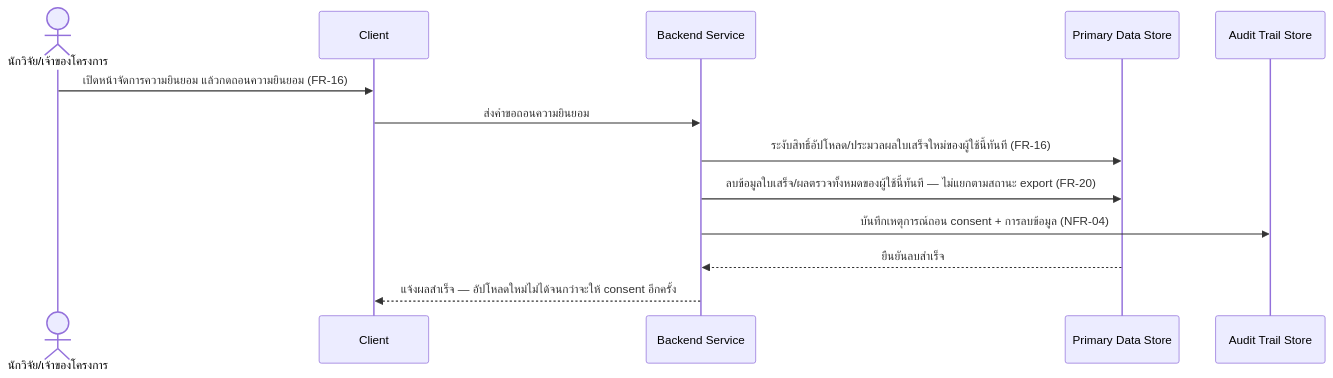
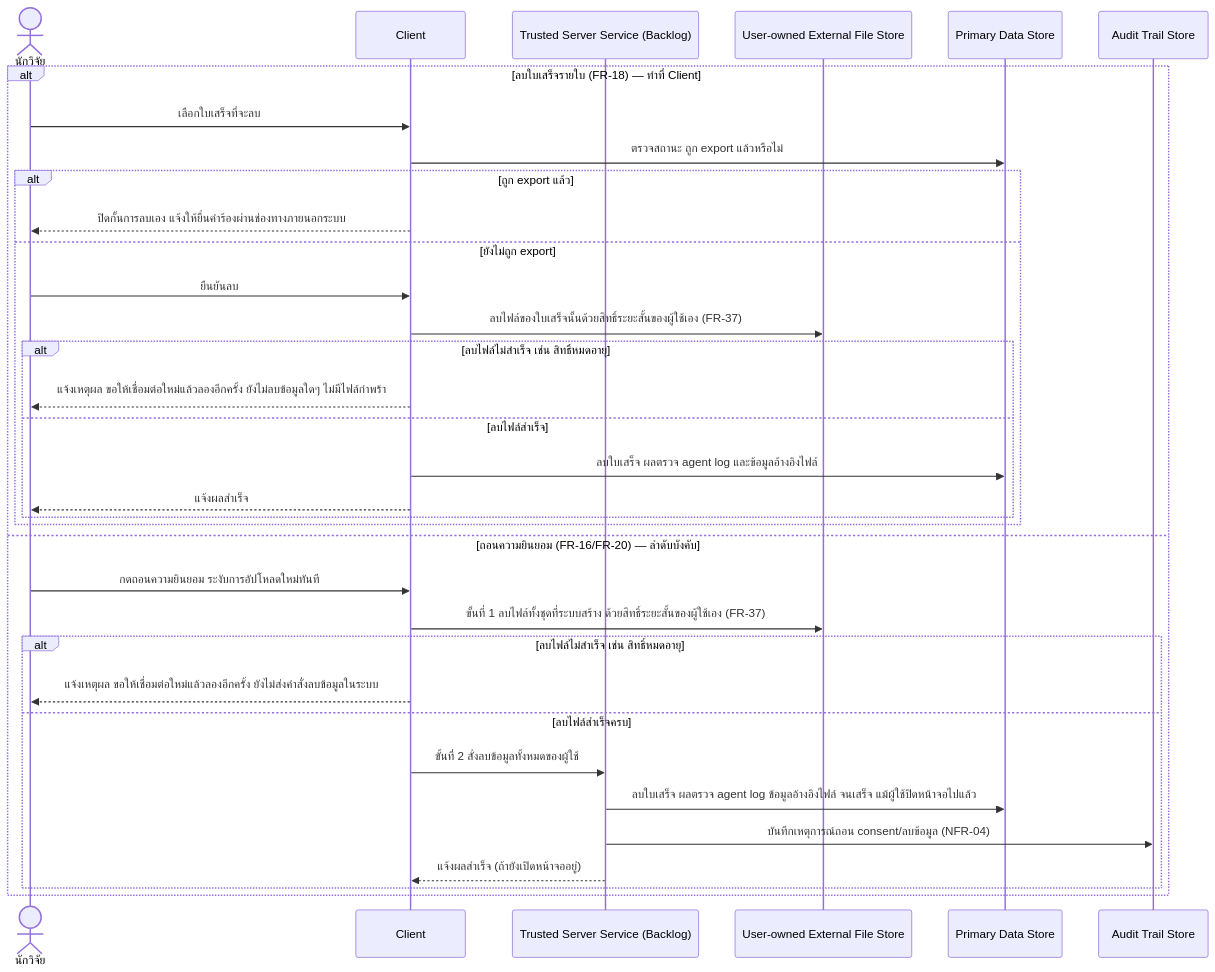
Before and after one commit to ptrsswnr/Grant-Receipt-Assistant: the sixth of 8 diagrams in docs/02-design/02-technical/architecture.md, drawn with Mermaid. The commit also changed other lines of this file and 27 other files, not shown here.

````diff
--- a/docs/02-design/02-technical/architecture.md
+++ b/docs/02-design/02-technical/architecture.md
@@ -270,16 +348,37 @@
 ```mermaid
 sequenceDiagram
-    actor R as นักวิจัย/เจ้าของโครงการ
+    actor R as นักวิจัย
     participant C as Client
-    participant B as Backend Service
+    participant B as Trusted Server Service (Backlog)
+    participant EF as User-owned External File Store
     participant DS as Primary Data Store
     participant AT as Audit Trail Store
 
-    R->>C: เปิดหน้าจัดการความยินยอม แล้วกดถอนความยินยอม (FR-16)
-    C->>B: ส่งคำขอถอนความยินยอม
-    B->>DS: ระงับสิทธิ์อัปโหลด/ประมวลผลใบเสร็จใหม่ของผู้ใช้นี้ทันที (FR-16)
-    B->>DS: ลบข้อมูลใบเสร็จ/ผลตรวจทั้งหมดของผู้ใช้นี้ทันที — ไม่แยกตามสถานะ export (FR-20)
-    B->>AT: บันทึกเหตุการณ์ถอน consent + การลบข้อมูล (NFR-04)
-    DS-->>B: ยืนยันลบสำเร็จ
-    B-->>C: แจ้งผลสำเร็จ — อัปโหลดใหม่ไม่ได้จนกว่าจะให้ consent อีกครั้ง
+    alt ลบใบเสร็จรายใบ (FR-18) — ทำที่ Client
+        R->>C: เลือกใบเสร็จที่จะลบ
+        C->>DS: ตรวจสถานะ ถูก export แล้วหรือไม่
+        alt ถูก export แล้ว
+            C-->>R: ปิดกั้นการลบเอง แจ้งให้ยื่นคำร้องผ่านช่องทางภายนอกระบบ
+        else ยังไม่ถูก export
+            R->>C: ยืนยันลบ
+            C->>EF: ลบไฟล์ของใบเสร็จนั้นด้วยสิทธิ์ระยะสั้นของผู้ใช้เอง (FR-37)
+            alt ลบไฟล์ไม่สำเร็จ เช่น สิทธิ์หมดอายุ
+                C-->>R: แจ้งเหตุผล ขอให้เชื่อมต่อใหม่แล้วลองอีกครั้ง ยังไม่ลบข้อมูลใดๆ ไม่มีไฟล์กำพร้า
+            else ลบไฟล์สำเร็จ
+                C->>DS: ลบใบเสร็จ ผลตรวจ agent log และข้อมูลอ้างอิงไฟล์
+                C-->>R: แจ้งผลสำเร็จ
+            end
+        end
+    else ถอนความยินยอม (FR-16/FR-20) — ลำดับบังคับ
+        R->>C: กดถอนความยินยอม ระงับการอัปโหลดใหม่ทันที
+        C->>EF: ขั้นที่ 1 ลบไฟล์ทั้งชุดที่ระบบสร้าง ด้วยสิทธิ์ระยะสั้นของผู้ใช้เอง (FR-37)
+        alt ลบไฟล์ไม่สำเร็จ เช่น สิทธิ์หมดอายุ
+            C-->>R: แจ้งเหตุผล ขอให้เชื่อมต่อใหม่แล้วลองอีกครั้ง ยังไม่ส่งคำสั่งลบข้อมูลในระบบ
+        else ลบไฟล์สำเร็จครบ
+            C->>B: ขั้นที่ 2 สั่งลบข้อมูลทั้งหมดของผู้ใช้
+            B->>DS: ลบใบเสร็จ ผลตรวจ agent log ข้อมูลอ้างอิงไฟล์ จนเสร็จ แม้ผู้ใช้ปิดหน้าจอไปแล้ว
+            B->>AT: บันทึกเหตุการณ์ถอน consent/ลบข้อมูล (NFR-04)
+            B-->>C: แจ้งผลสำเร็จ (ถ้ายังเปิดหน้าจออยู่)
+        end
+    end
 ```
````
